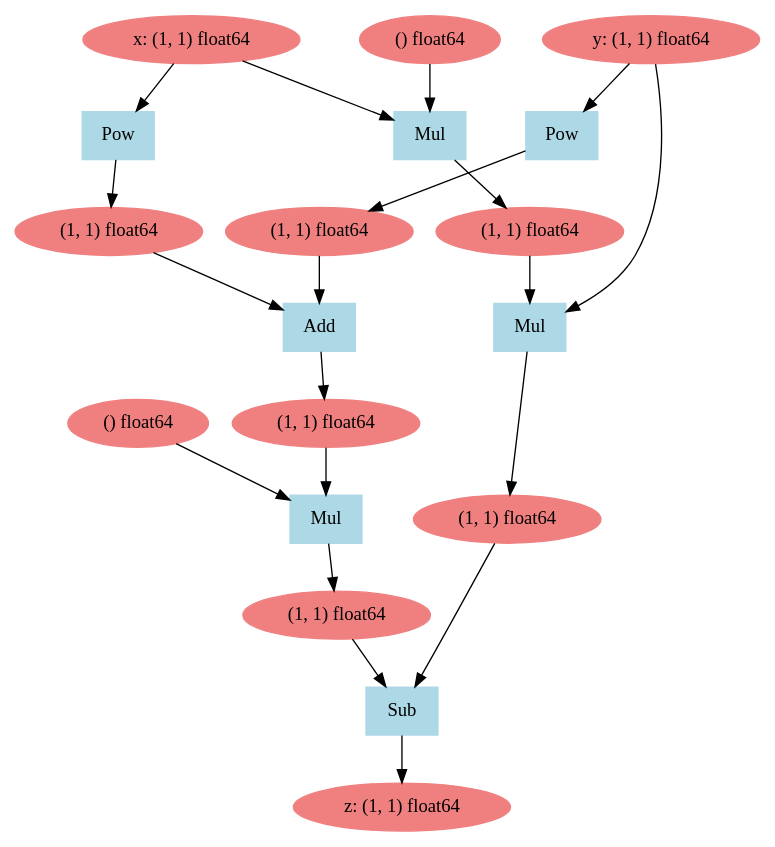
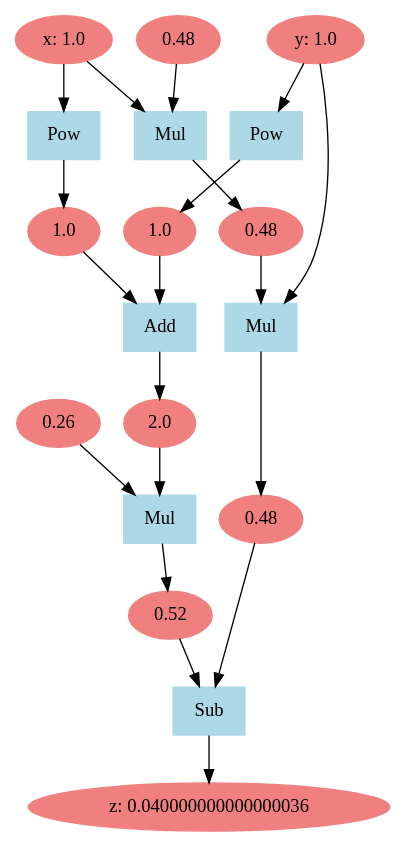
One commit to ZeweiLi999/Large_Model_From_None changed the diagram in LearnTorch_ALL/TeachImage/CGMap/matyas.dot. Above: the diagram before and after it, drawn with Graphviz. The commit also changed 14 other files, not shown here.

Commit message:
1.可视化计算图优化；2.添加梯度下降优化法TestRosenblock文件；3.添加函数求sin导数和泰勒展开求sin导数，Functions文件和TestSinCos文件

```diff
--- a/LearnTorch_ALL/TeachImage/CGMap/matyas.dot
+++ b/LearnTorch_ALL/TeachImage/CGMap/matyas.dot
@@ -1,41 +1,41 @@
 digraph g {
-2117961423216 [label="z: (1, 1) float64", color=lightcoral, style=filled]
-2117961423120 [label ="Sub", color=lightblue, style=filled, shape=box]
-2117961422544 -> 2117961423120
-2117961423024 -> 2117961423120
-2117961423120 -> 2117961423216
-2117961422544 [label="(1, 1) float64", color=lightcoral, style=filled]
-2117961423024 [label="(1, 1) float64", color=lightcoral, style=filled]
-2117961422928 [label ="Mul", color=lightblue, style=filled, shape=box]
-2117961422832 -> 2117961422928
-2117922324336 -> 2117961422928
-2117961422928 -> 2117961423024
-2117961422832 [label="(1, 1) float64", color=lightcoral, style=filled]
-2117922324336 [label="y: (1, 1) float64", color=lightcoral, style=filled]
-2117961422640 [label ="Mul", color=lightblue, style=filled, shape=box]
-2117922324384 -> 2117961422640
-2117961422736 -> 2117961422640
-2117961422640 -> 2117961422832
-2117922324384 [label="x: (1, 1) float64", color=lightcoral, style=filled]
-2117961422736 [label="() float64", color=lightcoral, style=filled]
-2117961422352 [label ="Mul", color=lightblue, style=filled, shape=box]
-2117961353968 -> 2117961422352
-2117961422448 -> 2117961422352
-2117961422352 -> 2117961422544
-2117961353968 [label="(1, 1) float64", color=lightcoral, style=filled]
-2117961422448 [label="() float64", color=lightcoral, style=filled]
-2117961355072 [label ="Add", color=lightblue, style=filled, shape=box]
-2117960446304 -> 2117961355072
-2117961353440 -> 2117961355072
-2117961355072 -> 2117961353968
-2117960446304 [label="(1, 1) float64", color=lightcoral, style=filled]
-2117961353440 [label="(1, 1) float64", color=lightcoral, style=filled]
-2117960449568 [label ="Pow", color=lightblue, style=filled, shape=box]
-2117922324336 -> 2117960449568
-2117960449568 -> 2117961353440
-2117922324336 [label="y: (1, 1) float64", color=lightcoral, style=filled]
-2117922323808 [label ="Pow", color=lightblue, style=filled, shape=box]
-2117922324384 -> 2117922323808
-2117922323808 -> 2117960446304
-2117922324384 [label="x: (1, 1) float64", color=lightcoral, style=filled]
+1958102754352 [label="z: 0.040000000000000036", color=lightcoral, style=filled]
+1958102754256 [label ="Sub", color=lightblue, style=filled, shape=box]
+1958102753680 -> 1958102754256
+1958102754160 -> 1958102754256
+1958102754256 -> 1958102754352
+1958102753680 [label="0.52", color=lightcoral, style=filled]
+1958102754160 [label="0.48", color=lightcoral, style=filled]
+1958102754064 [label ="Mul", color=lightblue, style=filled, shape=box]
+1958102753968 -> 1958102754064
+1958063713584 -> 1958102754064
+1958102754064 -> 1958102754160
+1958102753968 [label="0.48", color=lightcoral, style=filled]
+1958063713584 [label="y: 1.0", color=lightcoral, style=filled]
+1958102753776 [label ="Mul", color=lightblue, style=filled, shape=box]
+1958063713632 -> 1958102753776
+1958102753872 -> 1958102753776
+1958102753776 -> 1958102753968
+1958063713632 [label="x: 1.0", color=lightcoral, style=filled]
+1958102753872 [label="0.48", color=lightcoral, style=filled]
+1958102753488 [label ="Mul", color=lightblue, style=filled, shape=box]
+1958102682304 -> 1958102753488
+1958102753584 -> 1958102753488
+1958102753488 -> 1958102753680
+1958102682304 [label="2.0", color=lightcoral, style=filled]
+1958102753584 [label="0.26", color=lightcoral, style=filled]
+1958102682400 [label ="Add", color=lightblue, style=filled, shape=box]
+1958102682640 -> 1958102682400
+1958102682208 -> 1958102682400
+1958102682400 -> 1958102682304
+1958102682640 [label="1.0", color=lightcoral, style=filled]
+1958102682208 [label="1.0", color=lightcoral, style=filled]
+1958102682688 [label ="Pow", color=lightblue, style=filled, shape=box]
+1958063713584 -> 1958102682688
+1958102682688 -> 1958102682208
+1958063713584 [label="y: 1.0", color=lightcoral, style=filled]
+1958063713488 [label ="Pow", color=lightblue, style=filled, shape=box]
+1958063713632 -> 1958063713488
+1958063713488 -> 1958102682640
+1958063713632 [label="x: 1.0", color=lightcoral, style=filled]
 }
```
